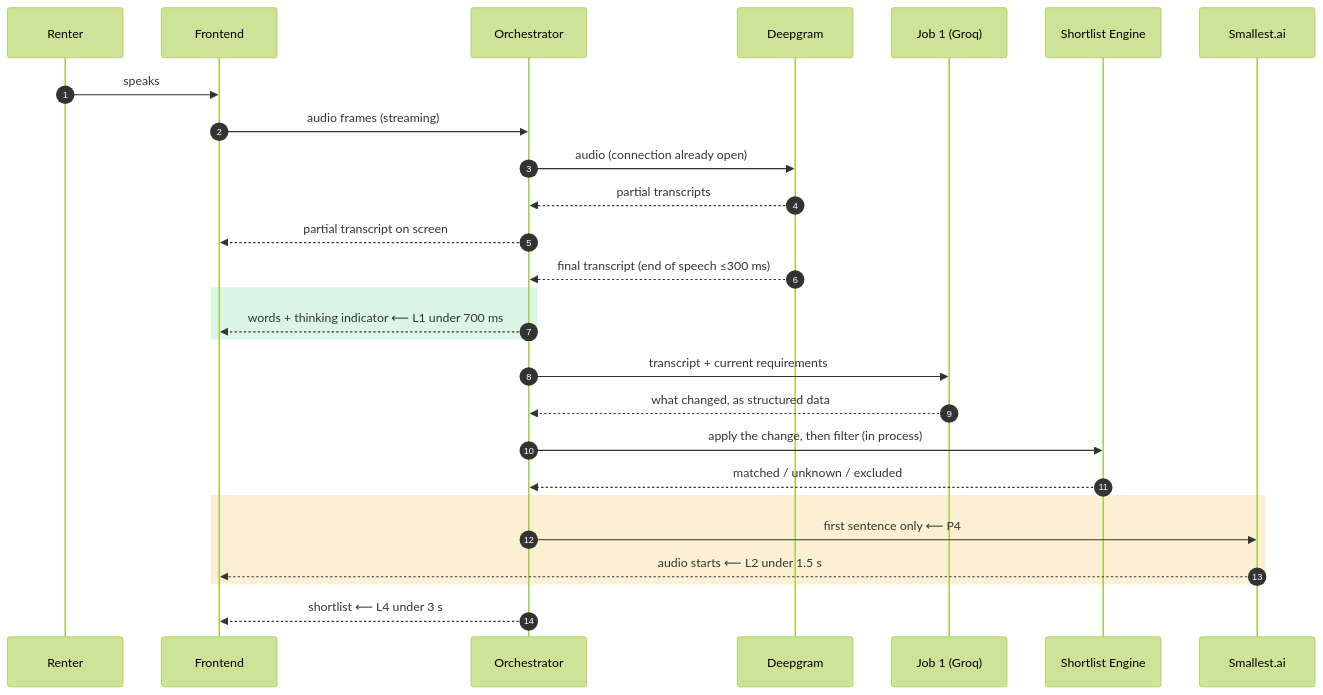
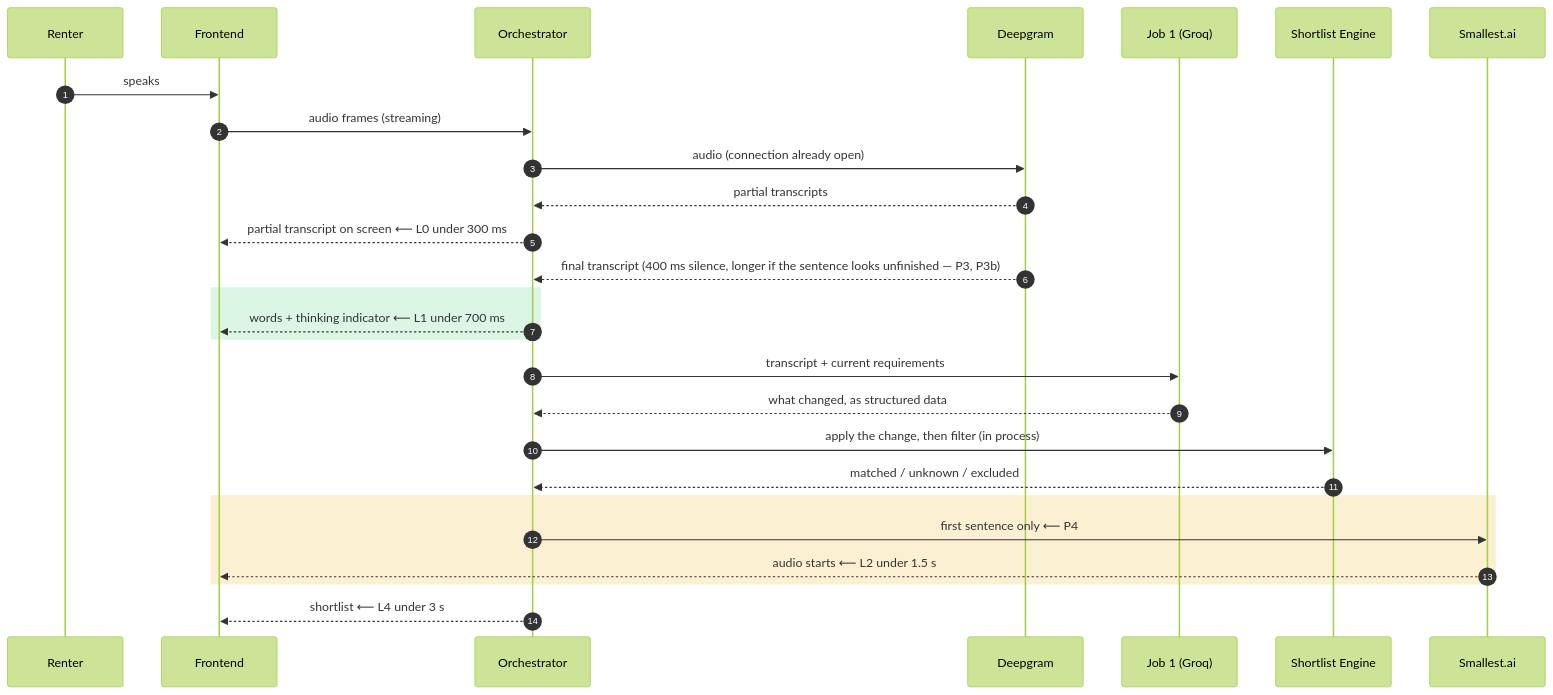
Diagram 13 of 22 in Docs/Architecture.md (KarthikBattaram19/Capstone_Project_Next_Leap), drawn with Mermaid (forest theme) before and after one commit. The commit also changed other lines of this file and 3 other files, not shown here.

````diff
--- a/Docs/Architecture.md
+++ b/Docs/Architecture.md
@@ -582,30 +588,30 @@
 ```mermaid
 sequenceDiagram
     autonumber
     participant T as Renter
     participant FE as Frontend
     participant TO as Orchestrator
     participant DG as Deepgram
     participant J1 as Job 1 (Groq)
     participant SE as Shortlist Engine
     participant TTS as Smallest.ai
 
     T->>FE: speaks
     FE->>TO: audio frames (streaming)
     TO->>DG: audio (connection already open)
     DG-->>TO: partial transcripts
-    TO-->>FE: partial transcript on screen
-    DG-->>TO: final transcript (end of speech ≤300 ms)
+    TO-->>FE: partial transcript on screen ⟵ L0 under 300 ms
+    DG-->>TO: final transcript (400 ms silence, longer if the sentence looks unfinished — P3, P3b)
     rect rgba(34, 197, 94, 0.16)
     TO-->>FE: words + thinking indicator ⟵ L1 under 700 ms
     end
     TO->>J1: transcript + current requirements
     J1-->>TO: what changed, as structured data
     TO->>SE: apply the change, then filter (in process)
     SE-->>TO: matched / unknown / excluded
     rect rgba(234, 179, 8, 0.18)
     TO->>TTS: first sentence only ⟵ P4
     TTS-->>FE: audio starts ⟵ L2 under 1.5 s
     end
     TO-->>FE: shortlist ⟵ L4 under 3 s
 ```
````
